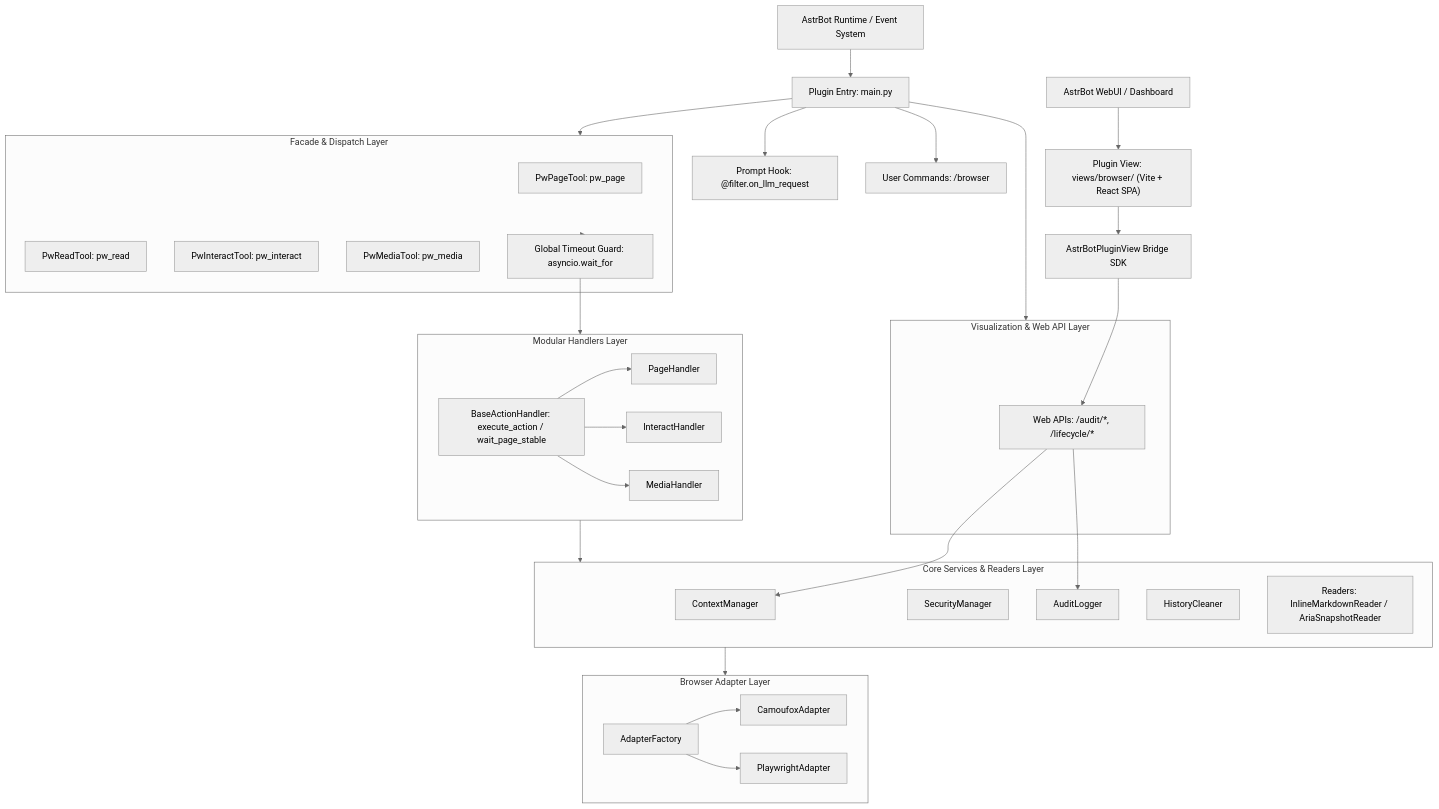
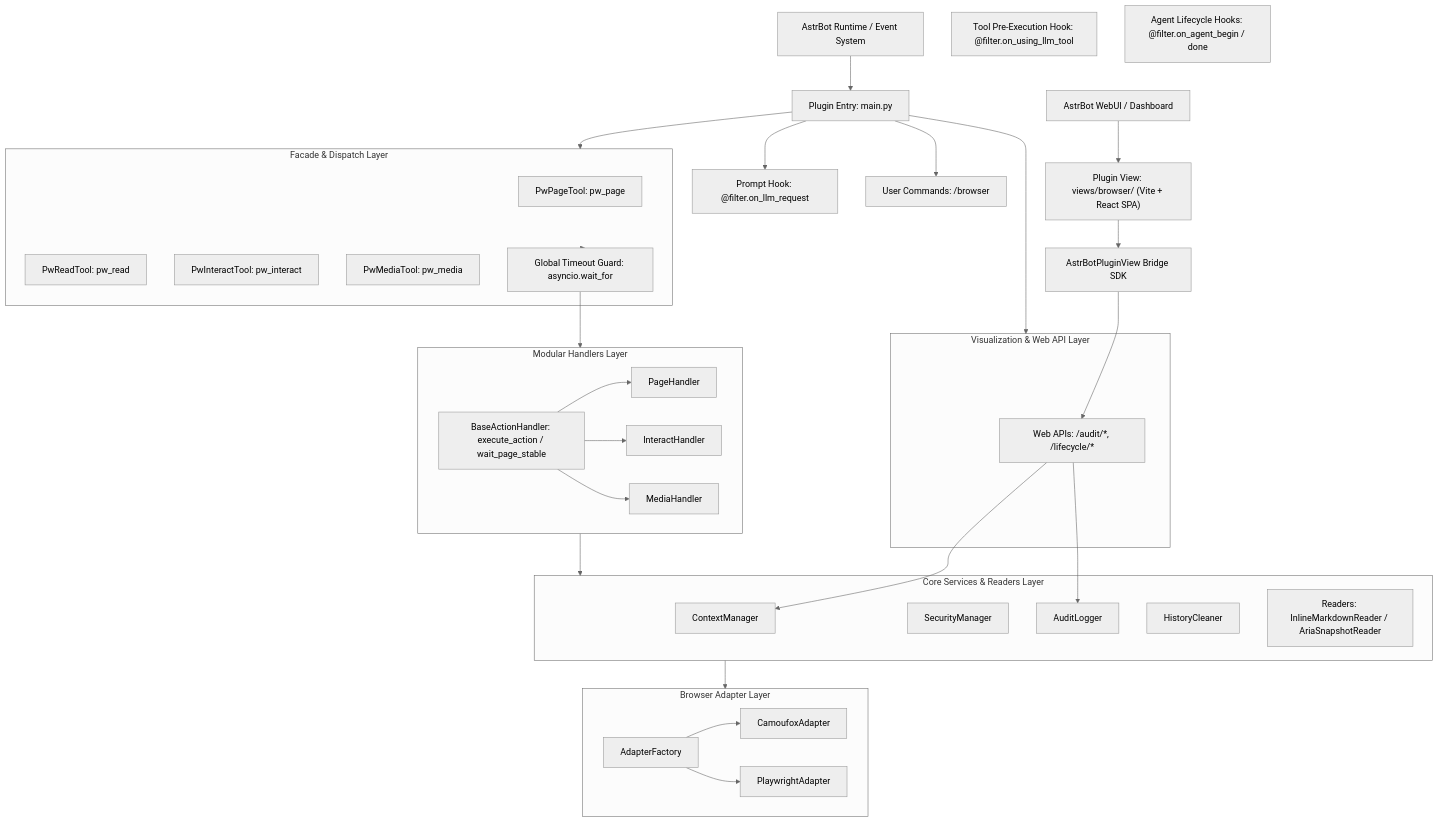
Before and after one commit to SmileYik/astrbot_plugin_playwright_tools: the first of 2 diagrams in docs/ARCHITECTURE.md, drawn with Mermaid (neutral theme). The commit also changed other lines of this file and 5 other files, not shown here.

Commit message:
docs: document on_using_llm_tool history cleanup refactor and bump to v1.4.2

````diff
--- a/docs/ARCHITECTURE.md
+++ b/docs/ARCHITECTURE.md
@@ -11,64 +11,66 @@
 ```mermaid
 flowchart TD
     AstrBot[AstrBot Runtime / Event System]
     PluginEntry[Plugin Entry: main.py]
     PromptHook["Prompt Hook: @filter.on_llm_request"]
+    ToolHook["Tool Pre-Execution Hook: @filter.on_using_llm_tool"]
+    AgentHooks["Agent Lifecycle Hooks: @filter.on_agent_begin / done"]
     Cmds["User Commands: /browser"]
     WebUI["AstrBot WebUI / Dashboard"]
     BrowserView["Plugin View: views/browser/ (Vite + React SPA)"]
     Bridge["AstrBotPluginView Bridge SDK"]
     
     subgraph ViewLayer [Visualization & Web API Layer]
         WebAPI["Web APIs: /audit/*, /lifecycle/*"]
     end
 
     subgraph FacadeLayer [Facade & Dispatch Layer]
         PwPage[PwPageTool: pw_page]
         PwRead[PwReadTool: pw_read]
         PwInteract[PwInteractTool: pw_interact]
         PwMedia[PwMediaTool: pw_media]
         TimeoutWrapper["Global Timeout Guard: asyncio.wait_for"]
     end
 
     subgraph HandlerLayer [Modular Handlers Layer]
         BaseActionHandler["BaseActionHandler: execute_action / wait_page_stable"]
         PageHandler[PageHandler]
         InteractHandler[InteractHandler]
         MediaHandler[MediaHandler]
         BaseActionHandler --> PageHandler
         BaseActionHandler --> InteractHandler
         BaseActionHandler --> MediaHandler
     end
 
     subgraph CoreLayer [Core Services & Readers Layer]
         CtxMgr[ContextManager]
         SecMgr[SecurityManager]
         AuditLog[AuditLogger]
         HistoryCleaner[HistoryCleaner]
         Readers["Readers: InlineMarkdownReader / AriaSnapshotReader"]
     end
 
     subgraph AdaptLayer [Browser Adapter Layer]
         Factory[AdapterFactory]
         Camoufox[CamoufoxAdapter]
         Playwright[PlaywrightAdapter]
         Factory --> Camoufox
         Factory --> Playwright
     end
 
     AstrBot --> PluginEntry
     PluginEntry --> PromptHook
     PluginEntry --> Cmds
     PluginEntry --> FacadeLayer
     PluginEntry --> ViewLayer
     FacadeLayer --> TimeoutWrapper
     TimeoutWrapper --> HandlerLayer
     HandlerLayer --> CoreLayer
     CoreLayer --> AdaptLayer
 
     WebUI --> BrowserView
     BrowserView --> Bridge
     Bridge --> WebAPI
     WebAPI --> AuditLog
     WebAPI --> CtxMgr
 ```
````
